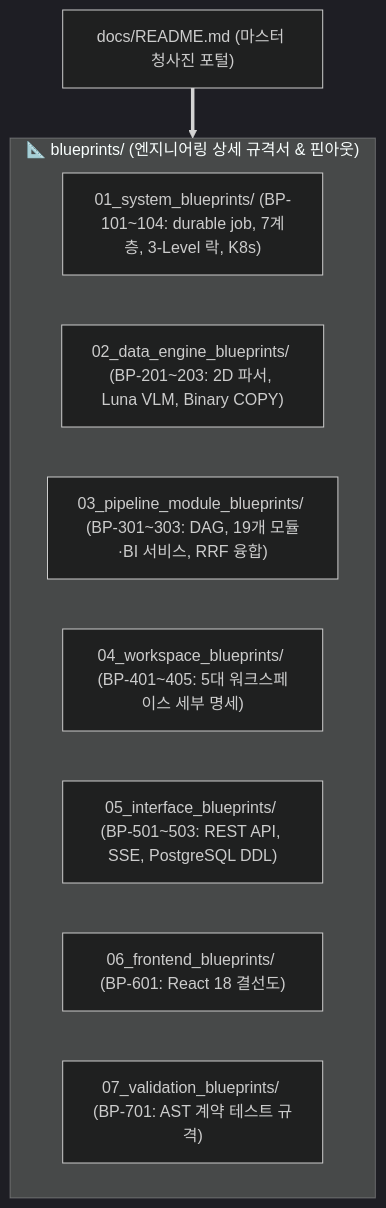
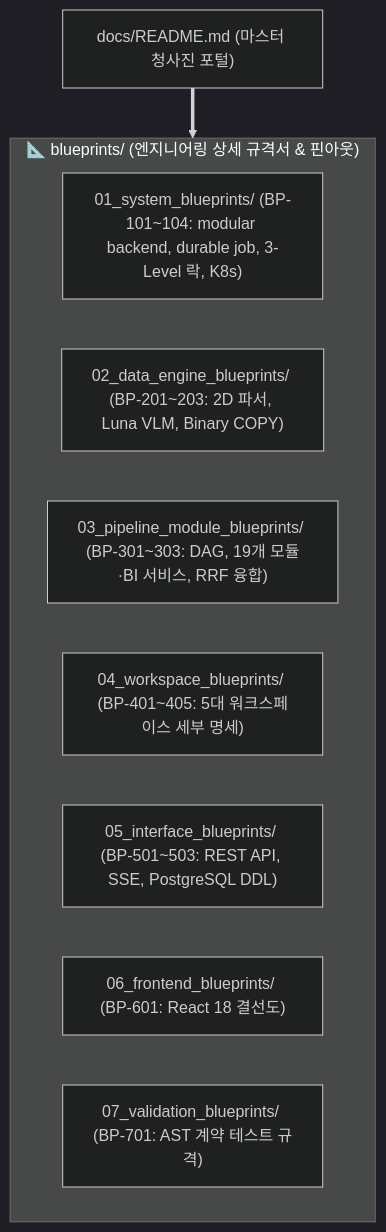
One commit to bist-mini-final/bist-mini-final changed the diagram in docs/README.md. Above: the diagram before and after it, drawn with Mermaid (dark theme). The commit also changed other lines of this file and 7 other files, not shown here.

Commit message:
docs: align blueprints with modular backend

````diff
--- a/docs/README.md
+++ b/docs/README.md
@@ -13,16 +13,16 @@
 ```mermaid
 flowchart TD
     ROOT["docs/README.md (마스터 청사진 포털)"]
 
     subgraph BlueprintTrack ["📐 blueprints/ (엔지니어링 상세 규격서 & 핀아웃)"]
-        B1["01_system_blueprints/ (BP-101~104: durable job, 7계층, 3-Level 락, K8s)"]
+        B1["01_system_blueprints/ (BP-101~104: modular backend, durable job, 3-Level 락, K8s)"]
         B2["02_data_engine_blueprints/ (BP-201~203: 2D 파서, Luna VLM, Binary COPY)"]
         B3["03_pipeline_module_blueprints/ (BP-301~303: DAG, 19개 모듈·BI 서비스, RRF 융합)"]
         B4["04_workspace_blueprints/ (BP-401~405: 5대 워크스페이스 세부 명세)"]
         B5["05_interface_blueprints/ (BP-501~503: REST API, SSE, PostgreSQL DDL)"]
         B6["06_frontend_blueprints/ (BP-601: React 18 결선도)"]
         B7["07_validation_blueprints/ (BP-701: AST 계약 테스트 규격)"]
     end
 
     ROOT ==> BlueprintTrack
 ```
````
